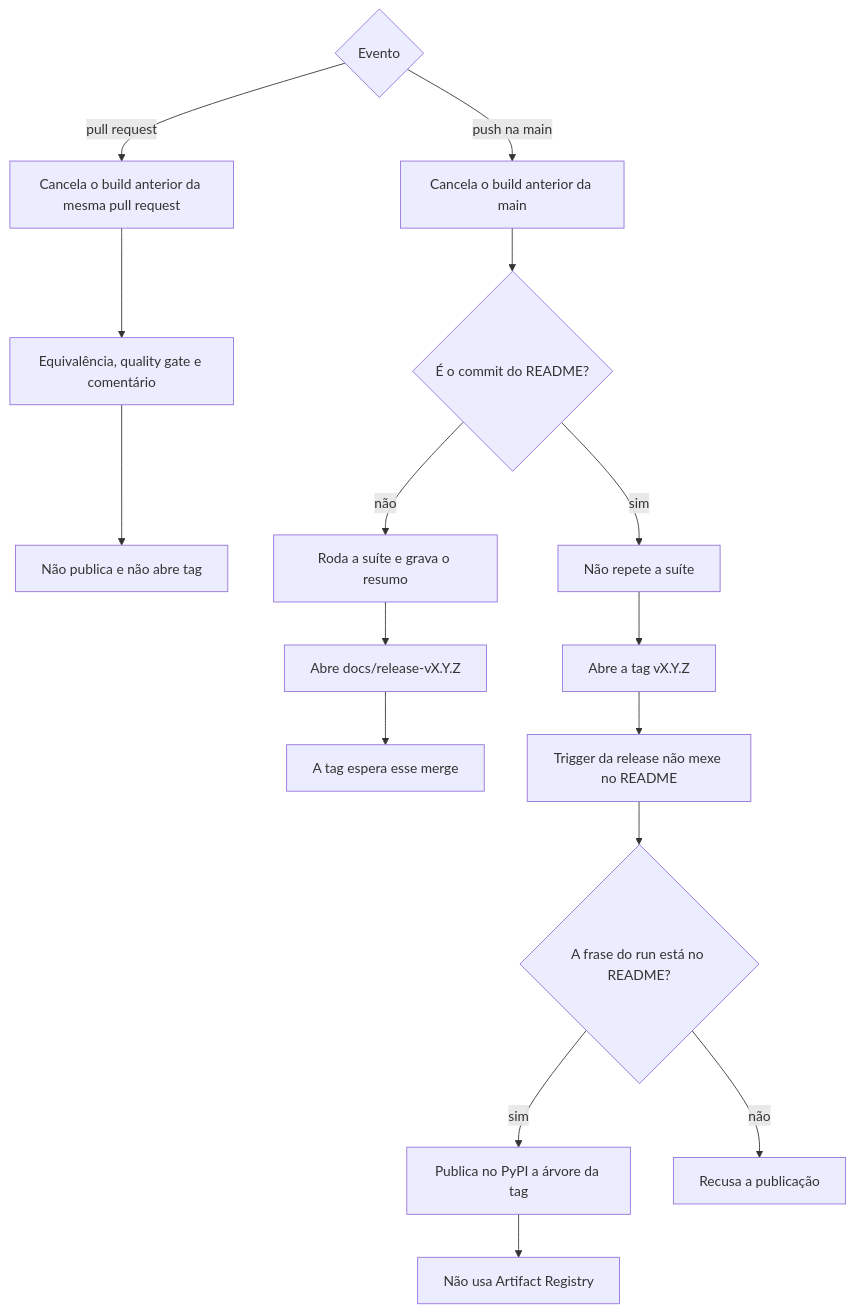
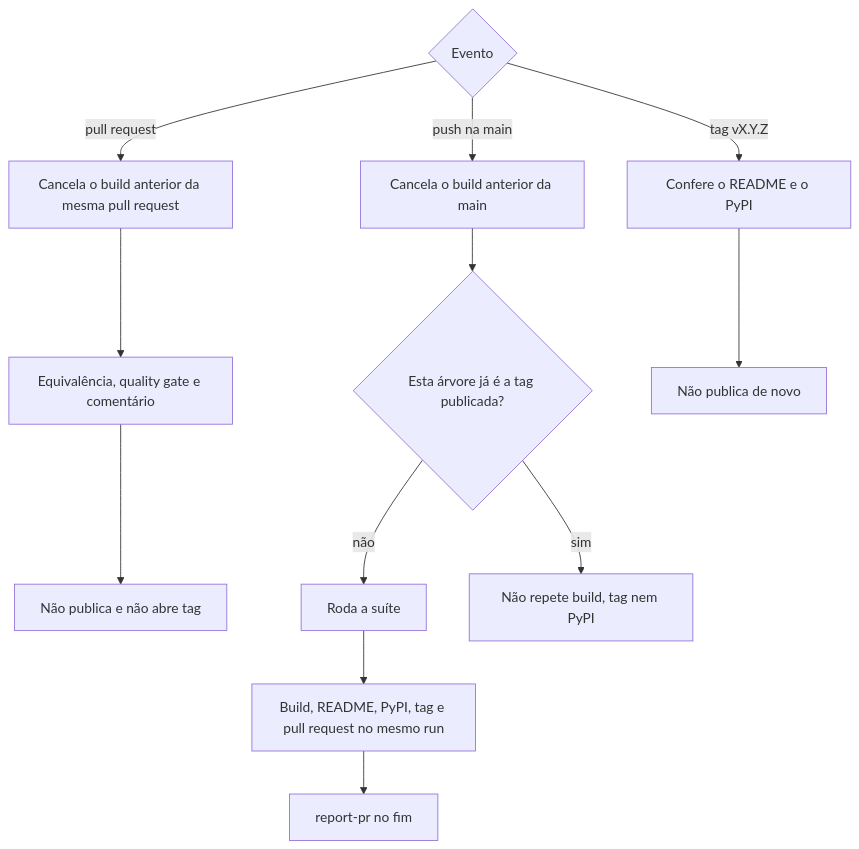
Before and after one commit to garusocruz/calculadora-rtc-simples-nacional: the third of 3 diagrams in docs/publicacao-flow.md, drawn with Mermaid. The commit also changed other lines of this file and 14 other files, not shown here.

Commit message:
fix: a tag e o PyPI saem do mesmo run do quality gate

````diff
--- a/docs/publicacao-flow.md
+++ b/docs/publicacao-flow.md
@@ -69,19 +59,15 @@
 ```mermaid
 flowchart TD
   evento{Evento}
   evento -->|pull request| cancelaPr[Cancela o build anterior da mesma pull request]
   cancelaPr --> ci[Equivalência, quality gate e comentário]
   ci --> fimPr[Não publica e não abre tag]
   evento -->|push na main| cancelaMain[Cancela o build anterior da main]
-  cancelaMain --> qual{É o commit do README?}
-  qual -->|não| build[Roda a suíte e grava o resumo]
-  build --> prReadme[Abre docs/release-vX.Y.Z]
-  prReadme --> espera[A tag espera esse merge]
-  qual -->|sim| semSuite[Não repete a suíte]
-  semSuite --> abre[Abre a tag vX.Y.Z]
-  abre --> pub[Trigger da release não mexe no README]
-  pub --> frase{A frase do run está no README?}
-  frase -->|sim| pypi[Publica no PyPI a árvore da tag]
-  frase -->|não| recusa[Recusa a publicação]
-  pypi --> registry[Não usa Artifact Registry]
+  cancelaMain --> qual{Esta árvore já é a tag publicada?}
+  qual -->|não| gates[Roda a suíte]
+  gates --> cadeia[Build, README, PyPI, tag e pull request no mesmo run]
+  cadeia --> report[report-pr no fim]
+  qual -->|sim| ocioso[Não repete build, tag nem PyPI]
+  evento -->|tag vX.Y.Z| confere[Confere o README e o PyPI]
+  confere --> semPublicar[Não publica de novo]
 ```
````
